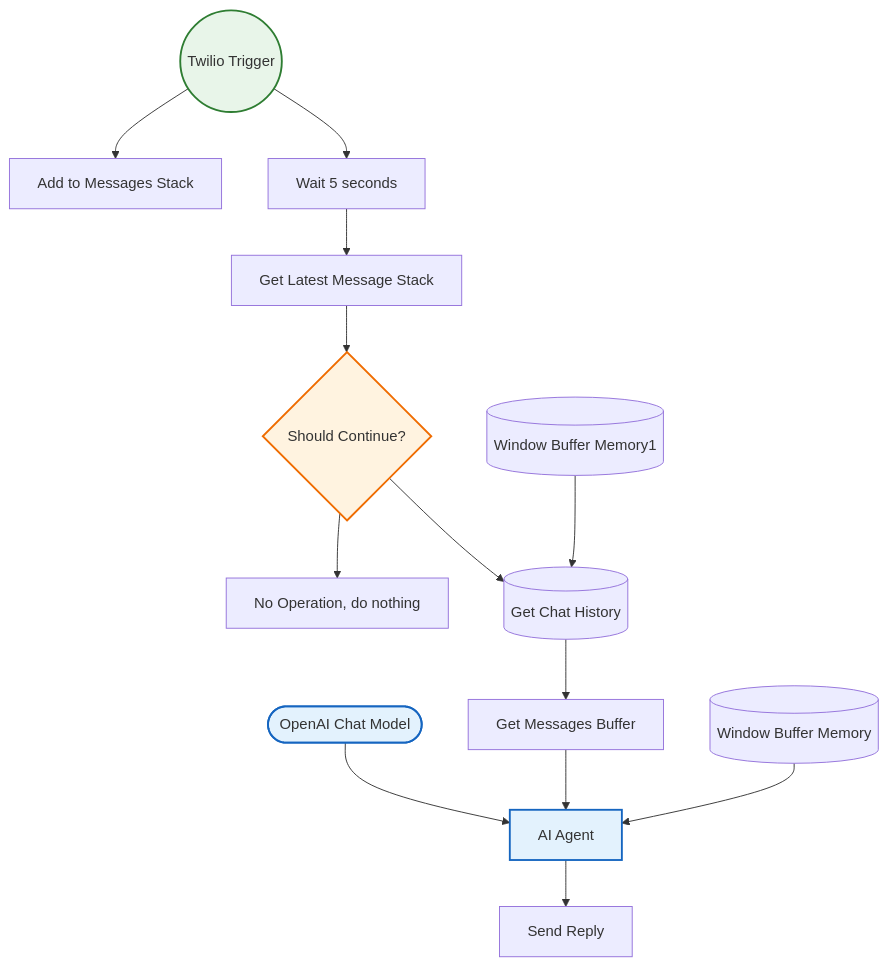
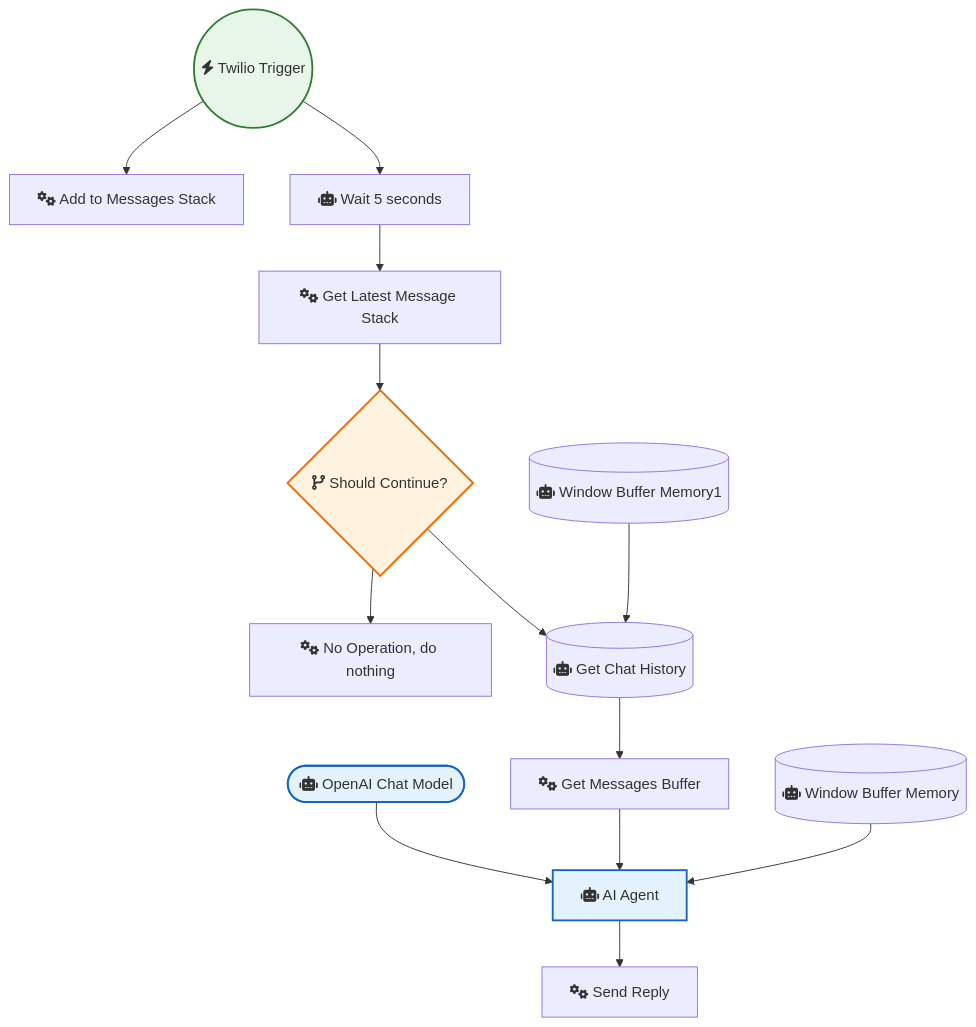
One commit to sreyash3105/N8N-DEMO-AUTOMATIONS changed the diagram in Other_Integrations_and_Use_Cases/Enhance Customer Chat by Buffering Messages with Twilio and Redis.md. Above: the diagram before and after it, drawn with Mermaid. The commit also changed 291 other files, not shown here.

````diff
--- a/Other_Integrations_and_Use_Cases/Enhance Customer Chat by Buffering Messages with Twilio and Redis.md
+++ b/Other_Integrations_and_Use_Cases/Enhance Customer Chat by Buffering Messages with Twilio and Redis.md
@@ -1,33 +1,33 @@
 ```mermaid
 graph TD
     classDef trigger fill:#e8f5e9,stroke:#2e7d32,stroke-width:2px;
     classDef ai fill:#e3f2fd,stroke:#1565c0,stroke-width:2px;
     classDef logic fill:#fff3e0,stroke:#ef6c00,stroke-width:2px;
 
-    OpenAI_Chat_Model(["OpenAI Chat Model"]):::ai
-    No_Operation__do_nothing["No Operation, do nothing"]
-    Add_to_Messages_Stack["Add to Messages Stack"]
-    Should_Continue_{"Should Continue?"}:::logic
-    Window_Buffer_Memory[("Window Buffer Memory")]
-    Twilio_Trigger(("Twilio Trigger")):::trigger
-    Get_Latest_Message_Stack["Get Latest Message Stack"]
-    Send_Reply["Send Reply"]
-    Wait_5_seconds["Wait 5 seconds"]
-    Get_Chat_History[("Get Chat History")]
-    Window_Buffer_Memory1[("Window Buffer Memory1")]
-    Get_Messages_Buffer["Get Messages Buffer"]
-    AI_Agent["AI Agent"]:::ai
+    OpenAI_Chat_Model(["fas:fa-robot OpenAI Chat Model"]):::ai
+    No_Operation__do_nothing["fas:fa-cogs No Operation, do nothing"]
+    Add_to_Messages_Stack["fas:fa-cogs Add to Messages Stack"]
+    Should_Continue_{"fas:fa-code-branch Should Continue?"}:::logic
+    Window_Buffer_Memory[("fas:fa-robot Window Buffer Memory")]
+    Twilio_Trigger(("fas:fa-bolt Twilio Trigger")):::trigger
+    Get_Latest_Message_Stack["fas:fa-cogs Get Latest Message Stack"]
+    Send_Reply["fas:fa-cogs Send Reply"]
+    Wait_5_seconds["fas:fa-robot Wait 5 seconds"]
+    Get_Chat_History[("fas:fa-robot Get Chat History")]
+    Window_Buffer_Memory1[("fas:fa-robot Window Buffer Memory1")]
+    Get_Messages_Buffer["fas:fa-cogs Get Messages Buffer"]
+    AI_Agent["fas:fa-robot AI Agent"]:::ai
 
     AI_Agent --> Send_Reply
     Twilio_Trigger --> Add_to_Messages_Stack
     Twilio_Trigger --> Wait_5_seconds
     Wait_5_seconds --> Get_Latest_Message_Stack
     Get_Chat_History --> Get_Messages_Buffer
     Should_Continue_ --> Get_Chat_History
     Should_Continue_ --> No_Operation__do_nothing
     OpenAI_Chat_Model --> AI_Agent
     Get_Messages_Buffer --> AI_Agent
     Window_Buffer_Memory --> AI_Agent
     Window_Buffer_Memory1 --> Get_Chat_History
     Get_Latest_Message_Stack --> Should_Continue_
 ```
````
